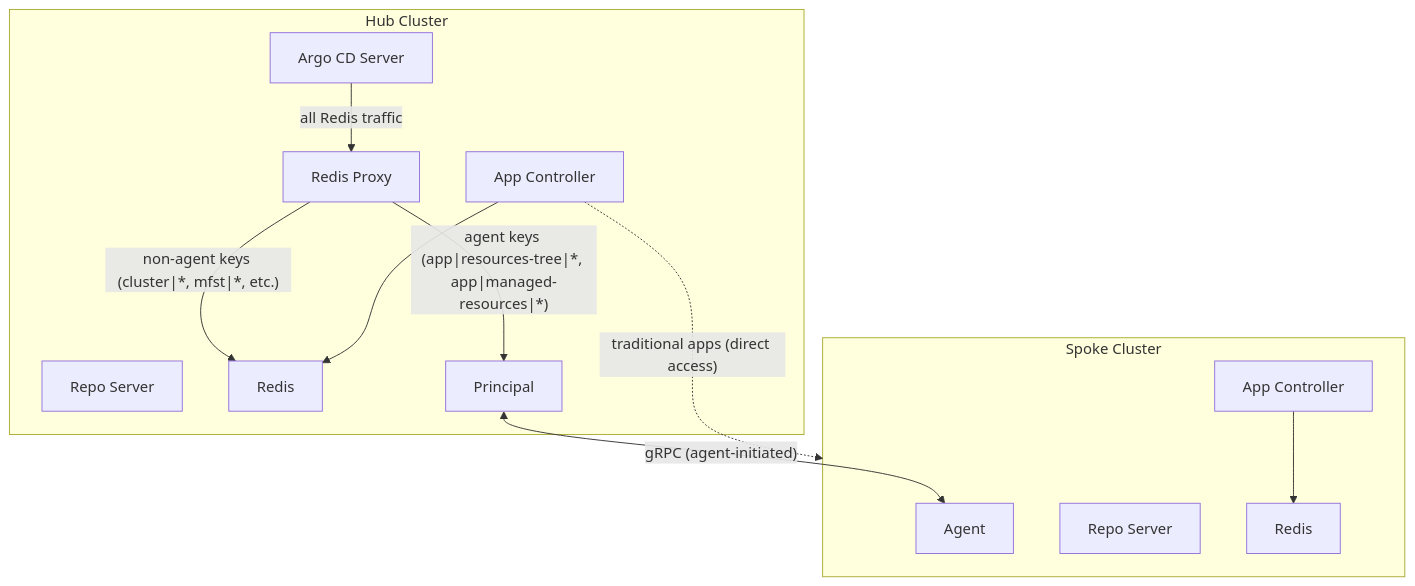
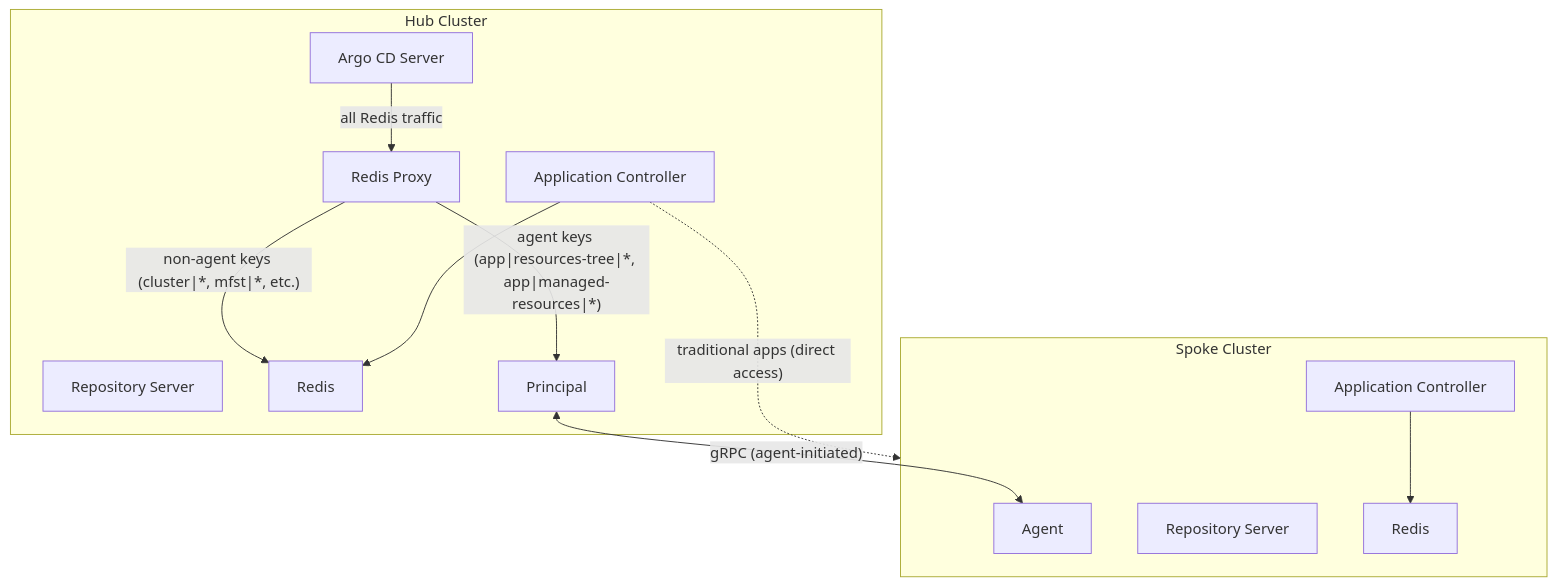
The diagram in docs/user-guide/hybrid-architecture.md (argoproj-labs/argocd-agent), drawn with Mermaid before and after one commit. The commit also changed other lines of this file, not shown here.

````diff
--- a/docs/user-guide/hybrid-architecture.md
+++ b/docs/user-guide/hybrid-architecture.md
@@ -19,27 +19,27 @@
 ```mermaid
 flowchart TB
     subgraph hub [Hub Cluster]
         ArgoServer["Argo CD Server"]
-        AppController["App Controller"]
-        RepoServer["Repo Server"]
+        AppController["Application Controller"]
+        RepoServer["Repository Server"]
         Redis["Redis"]
         Principal["Principal"]
         RedisProxy["Redis Proxy"]
 
         ArgoServer -->|all Redis traffic| RedisProxy
         RedisProxy -->|"non-agent keys (cluster|*, mfst|*, etc.)"| Redis
         RedisProxy -->|"agent keys (app|resources-tree|*, app|managed-resources|*)"| Principal
         AppController --> Redis
     end
 
     subgraph spoke [Spoke Cluster]
         Agent["Agent"]
-        SpokeAppCtrl["App Controller"]
-        SpokeRepo["Repo Server"]
+        SpokeAppCtrl["Application Controller"]
+        SpokeRepo["Repository Server"]
         SpokeRedis["Redis"]
         SpokeAppCtrl --> SpokeRedis
     end
 
     Principal <-->|"gRPC (agent-initiated)"| Agent
     AppController -.->|"traditional apps (direct access)"| spoke
 ```
````
